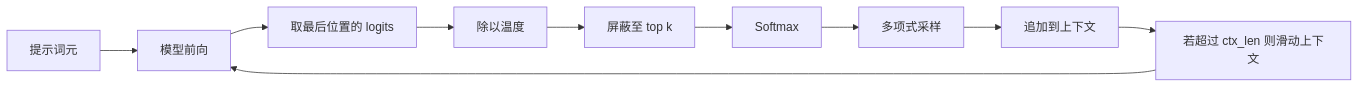
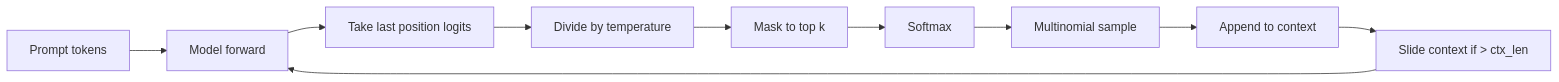
Before and after one commit to xiaojiaenen/ai-engineering-from-scratch-zh: the second of 2 diagrams in i18n/zh/phases/19-capstone-projects/35-gpt-model-assembly/docs/zh.md, drawn with Mermaid. The commit also changed other lines of this file and 85 other files, not shown here.

````diff
--- a/i18n/zh/phases/19-capstone-projects/35-gpt-model-assembly/docs/zh.md
+++ b/i18n/zh/phases/19-capstone-projects/35-gpt-model-assembly/docs/zh.md
@@ -57,12 +57,12 @@
 ```mermaid
 flowchart LR
-  P[提示词元] --> M[模型前向]
-  M --> Last[取最后位置的 logits]
-  Last --> T[除以温度]
-  T --> K[屏蔽至 top k]
+  P[Prompt tokens] --> M[Model forward]
+  M --> Last[Take last position logits]
+  Last --> T[Divide by temperature]
+  T --> K[Mask to top k]
   K --> S[Softmax]
-  S --> MN[多项式采样]
-  MN --> A[追加到上下文]
-  A --> Slide[若超过 ctx_len 则滑动上下文]
+  S --> MN[Multinomial sample]
+  MN --> A[Append to context]
+  A --> Slide[Slide context if > ctx_len]
   Slide --> M
 ```
````
